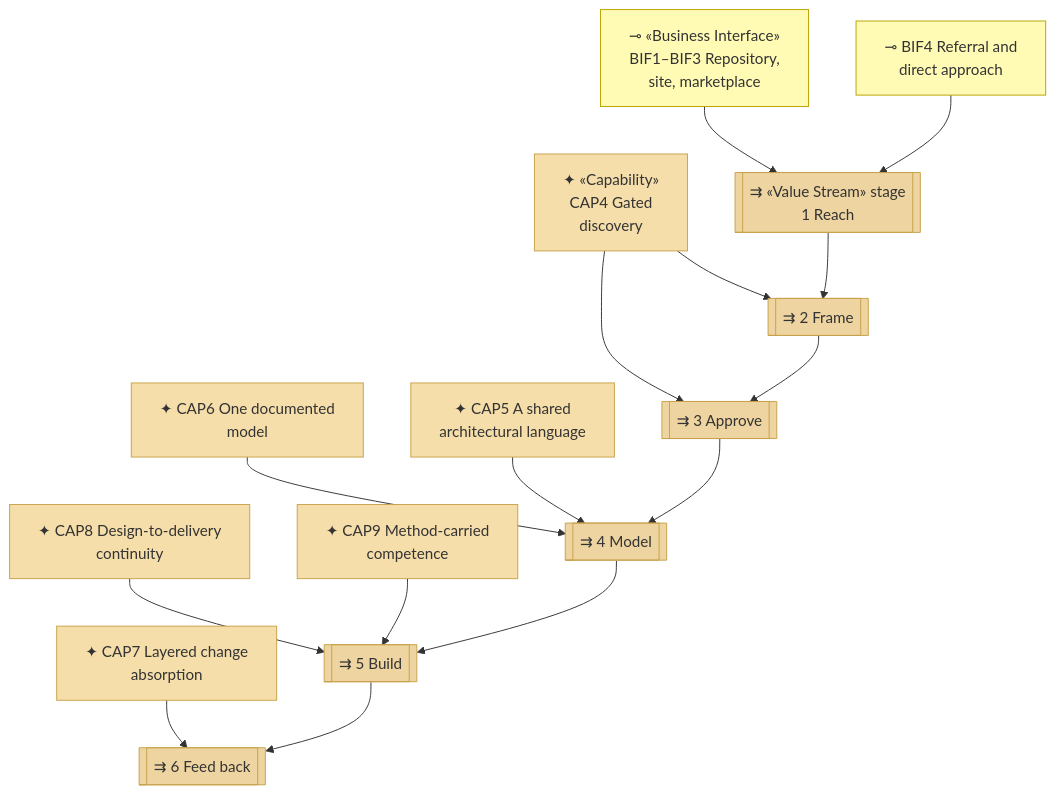
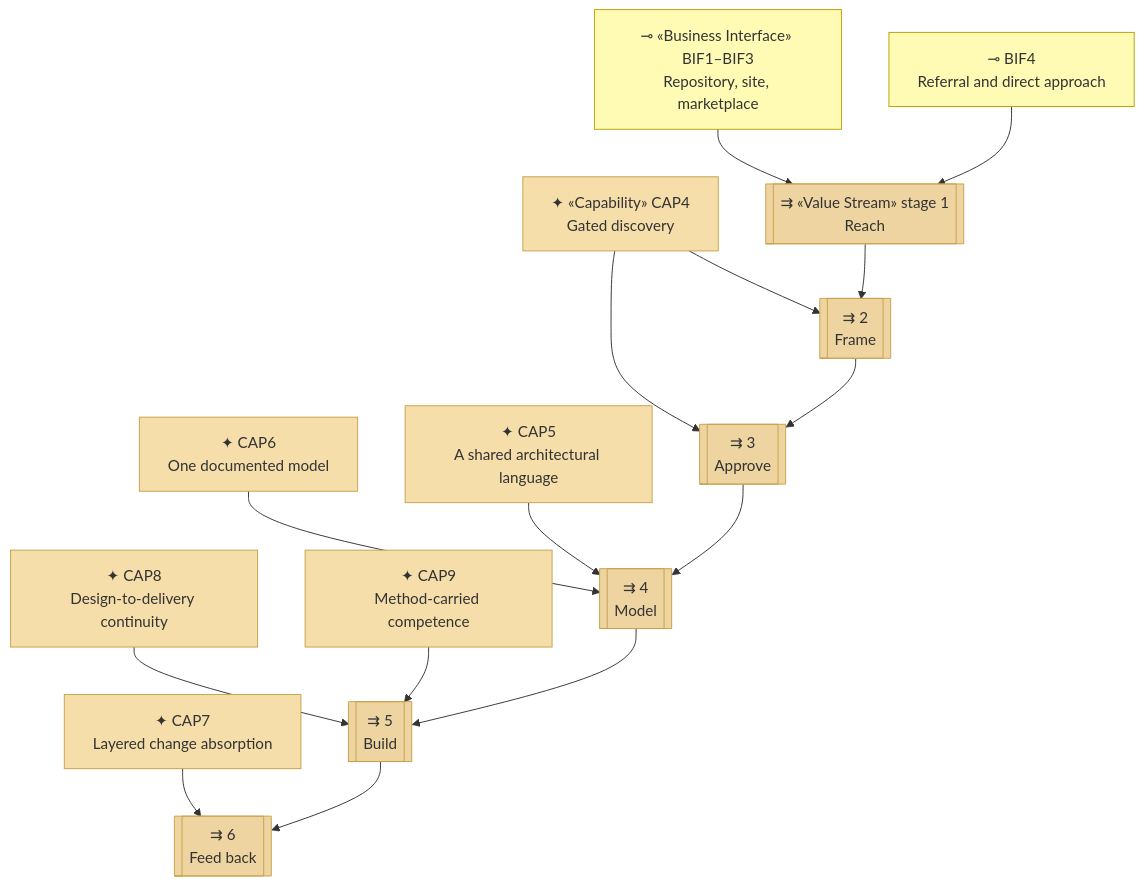
The third of 4 diagrams in organization/docs/ea/1_strategy/3_value-stream.md (roanboc/architecture-archreator), drawn with Mermaid before and after one commit. The commit also changed other lines of this file and 6 other files, not shown here.

````diff
--- a/organization/docs/ea/1_strategy/3_value-stream.md
+++ b/organization/docs/ea/1_strategy/3_value-stream.md
@@ -85,35 +85,35 @@
 ```mermaid
 flowchart TB
-  bif1["⊸ «Business Interface»<br>BIF1–BIF3 Repository,<br>site, marketplace"]:::interface
-  bif4["⊸ BIF4 Referral and<br>direct approach"]:::interface
+  bif1["⊸ «Business Interface» BIF1–BIF3<br>Repository, site, marketplace"]:::interface
+  bif4["⊸ BIF4<br>Referral and direct approach"]:::interface
 
-  s1[["⇉ «Value Stream» stage<br>1 Reach"]]:::stage
-  s2[["⇉ 2 Frame"]]:::stage
-  s3[["⇉ 3 Approve"]]:::stage
-  s4[["⇉ 4 Model"]]:::stage
-  s5[["⇉ 5 Build"]]:::stage
-  s6[["⇉ 6 Feed back"]]:::stage
+  s1[["⇉ «Value Stream» stage 1<br>Reach"]]:::stage
+  s2[["⇉ 2<br>Frame"]]:::stage
+  s3[["⇉ 3<br>Approve"]]:::stage
+  s4[["⇉ 4<br>Model"]]:::stage
+  s5[["⇉ 5<br>Build"]]:::stage
+  s6[["⇉ 6<br>Feed back"]]:::stage
 
-  c4["✦ «Capability»<br>CAP4 Gated<br>discovery"]:::capability
-  c8["✦ CAP8 Design-to-delivery<br>continuity"]:::capability
-  c6["✦ CAP6 One documented<br>model"]:::capability
-  c5["✦ CAP5 A shared<br>architectural language"]:::capability
-  c9["✦ CAP9 Method-carried<br>competence"]:::capability
-  c7["✦ CAP7 Layered change<br>absorption"]:::capability
+  c4["✦ «Capability» CAP4<br>Gated discovery"]:::capability
+  c8["✦ CAP8<br>Design-to-delivery continuity"]:::capability
+  c6["✦ CAP6<br>One documented model"]:::capability
+  c5["✦ CAP5<br>A shared architectural language"]:::capability
+  c9["✦ CAP9<br>Method-carried competence"]:::capability
+  c7["✦ CAP7<br>Layered change absorption"]:::capability
 
   bif1 --> s1
   bif4 --> s1
   c4 --> s2
   c4 --> s3
   c6 --> s4
   c5 --> s4
   c8 --> s5
   c9 --> s5
   c7 --> s6
 
   s1 --> s2 --> s3 --> s4 --> s5 --> s6
 
   classDef stage fill:#eed4a0,stroke:#c8a24a,color:#333
   classDef capability fill:#f5deaa,stroke:#c8a24a,color:#333
   classDef interface fill:#fffbb5,stroke:#b8a200,color:#333
 ```
````
